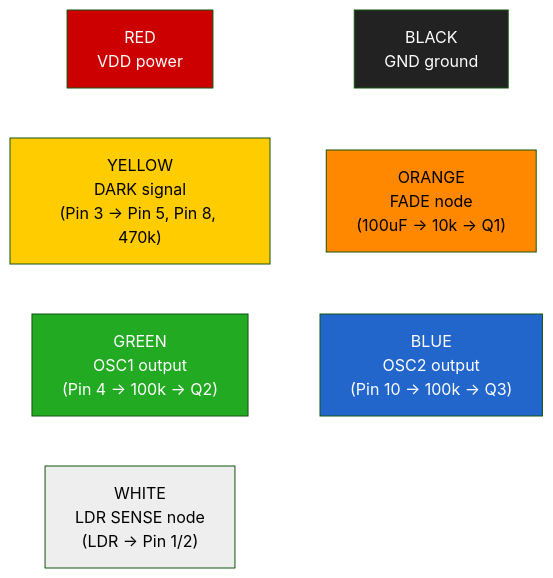
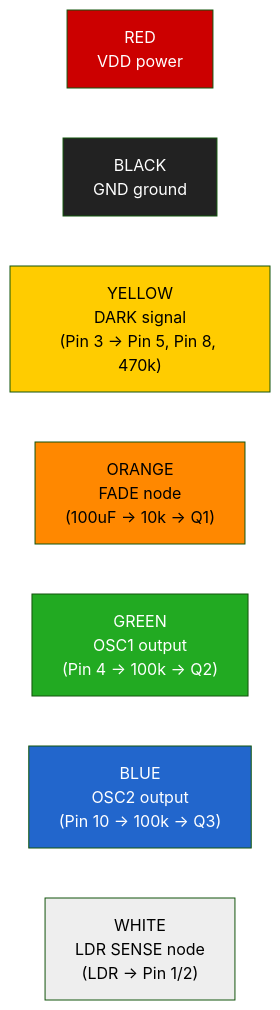
The second of 2 diagrams in breadboard-layout.md (dirq/DiamondMineShimmerCircuit), drawn with Mermaid (forest theme) before and after one commit.

Commit message:
Fix ~~~ invisible links in Wire Color Guide mermaid diagram

````diff
--- a/breadboard-layout.md
+++ b/breadboard-layout.md
@@ -233,15 +233,18 @@
 ```mermaid
 graph LR
-    RED["RED<br/>VDD power"] ~~~ BLACK["BLACK<br/>GND ground"]
-    YELLOW["YELLOW<br/>DARK signal<br/>(Pin 3 → Pin 5, Pin 8, 470k)"] ~~~ ORANGE["ORANGE<br/>FADE node<br/>(100uF → 10k → Q1)"]
-    GREEN["GREEN<br/>OSC1 output<br/>(Pin 4 → 100k → Q2)"] ~~~ BLUE["BLUE<br/>OSC2 output<br/>(Pin 10 → 100k → Q3)"]
+    RED["RED<br/>VDD power"]
+    BLACK["BLACK<br/>GND ground"]
+    YELLOW["YELLOW<br/>DARK signal<br/>(Pin 3 → Pin 5, Pin 8, 470k)"]
+    ORANGE["ORANGE<br/>FADE node<br/>(100uF → 10k → Q1)"]
+    GREEN["GREEN<br/>OSC1 output<br/>(Pin 4 → 100k → Q2)"]
+    BLUE["BLUE<br/>OSC2 output<br/>(Pin 10 → 100k → Q3)"]
     WHITE["WHITE<br/>LDR SENSE node<br/>(LDR → Pin 1/2)"]
 
     style RED fill:#cc0000,color:#fff
     style BLACK fill:#222222,color:#fff
     style YELLOW fill:#ffcc00,color:#000
     style ORANGE fill:#ff8800,color:#000
     style GREEN fill:#22aa22,color:#fff
     style BLUE fill:#2266cc,color:#fff
     style WHITE fill:#eeeeee,color:#000
 ```
````
